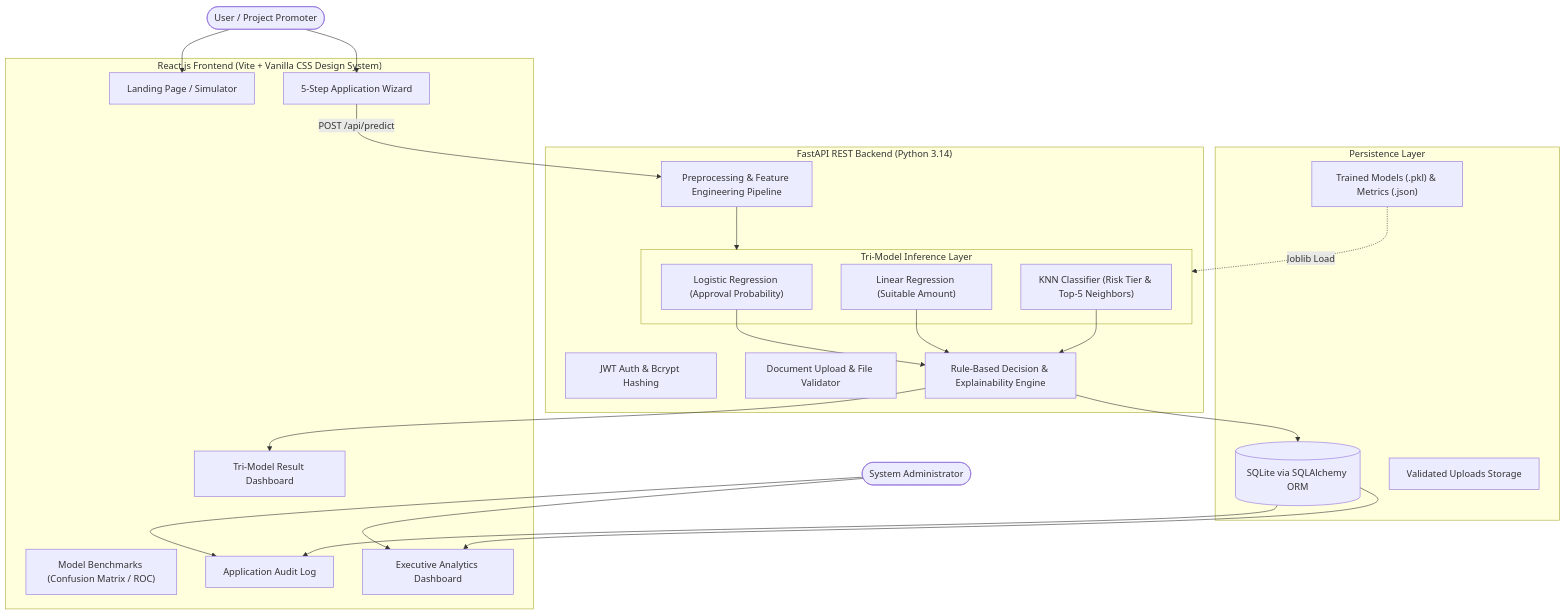
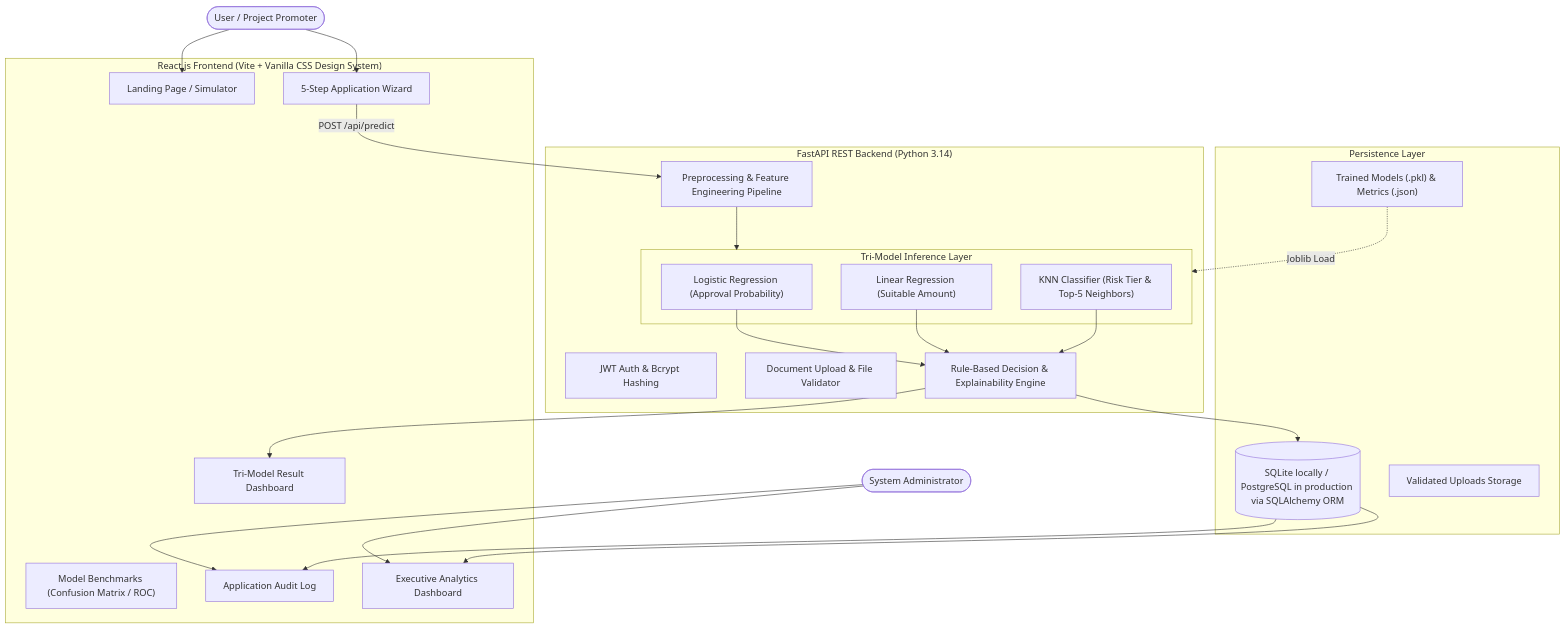
Before and after one commit to shubhamkrverma93/Loan-checker: the first of 3 diagrams in docs/architecture.md, drawn with Mermaid. The commit also changed 8 other files, not shown here.

````diff
--- a/docs/architecture.md
+++ b/docs/architecture.md
@@ -24,44 +24,44 @@
 ```mermaid
 flowchart TD
     User([User / Project Promoter])
     Admin([System Administrator])
 
     subgraph Frontend["React.js Frontend (Vite + Vanilla CSS Design System)"]
         Landing["Landing Page / Simulator"]
         Wizard["5-Step Application Wizard"]
         Result["Tri-Model Result Dashboard"]
         Comparison["Model Benchmarks (Confusion Matrix / ROC)"]
         History["Application Audit Log"]
         AdminDash["Executive Analytics Dashboard"]
     end
 
     subgraph Backend["FastAPI REST Backend (Python 3.14)"]
         AuthModule["JWT Auth & Bcrypt Hashing"]
         DocHandler["Document Upload & File Validator"]
         Pipeline["Preprocessing & Feature Engineering Pipeline"]
         
         subgraph MLEngine["Tri-Model Inference Layer"]
             M1["Logistic Regression (Approval Probability)"]
             M2["Linear Regression (Suitable Amount)"]
             M3["KNN Classifier (Risk Tier & Top-5 Neighbors)"]
         end
         
         Decision["Rule-Based Decision & Explainability Engine"]
     end
 
     subgraph Storage["Persistence Layer"]
-        DB[(SQLite via SQLAlchemy ORM)]
+        DB[(SQLite locally / PostgreSQL in production via SQLAlchemy ORM)]
         Artifacts["Trained Models (.pkl) & Metrics (.json)"]
         Uploads["Validated Uploads Storage"]
     end
 
     User --> Landing & Wizard
     Admin --> AdminDash & History
     Wizard -->|POST /api/predict| Pipeline
     Pipeline --> MLEngine
     M1 & M2 & M3 --> Decision
     Decision --> DB
     Decision --> Result
     DB --> AdminDash & History
     Artifacts -.->|Joblib Load| MLEngine
 ```
````
